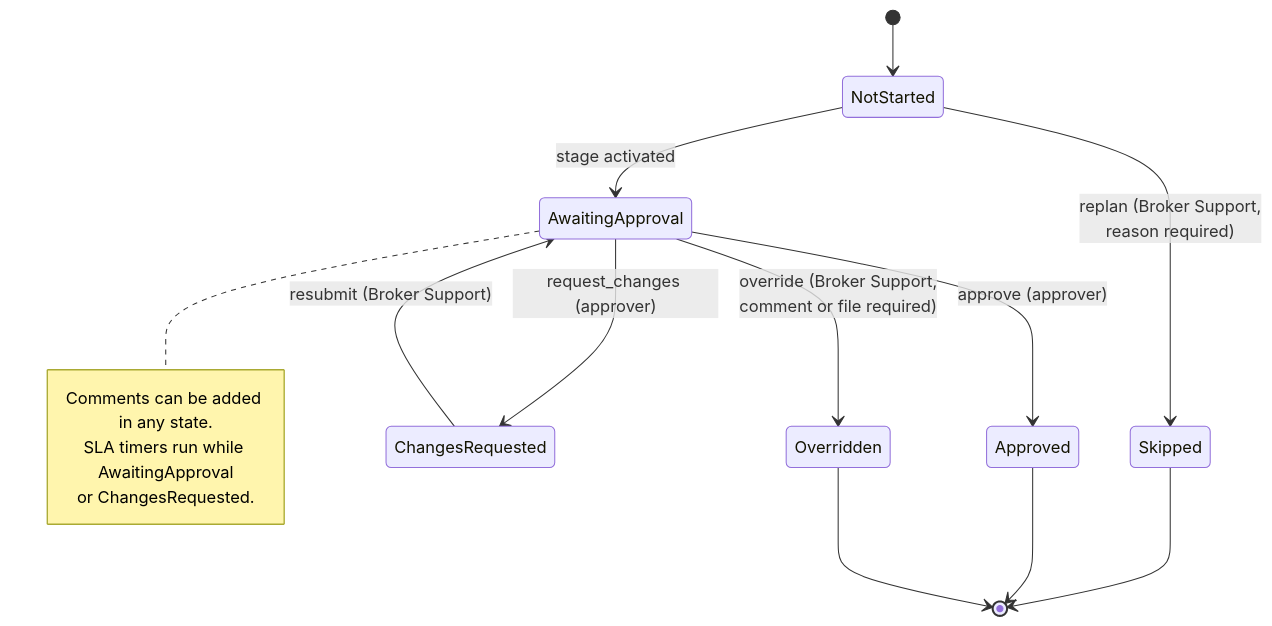
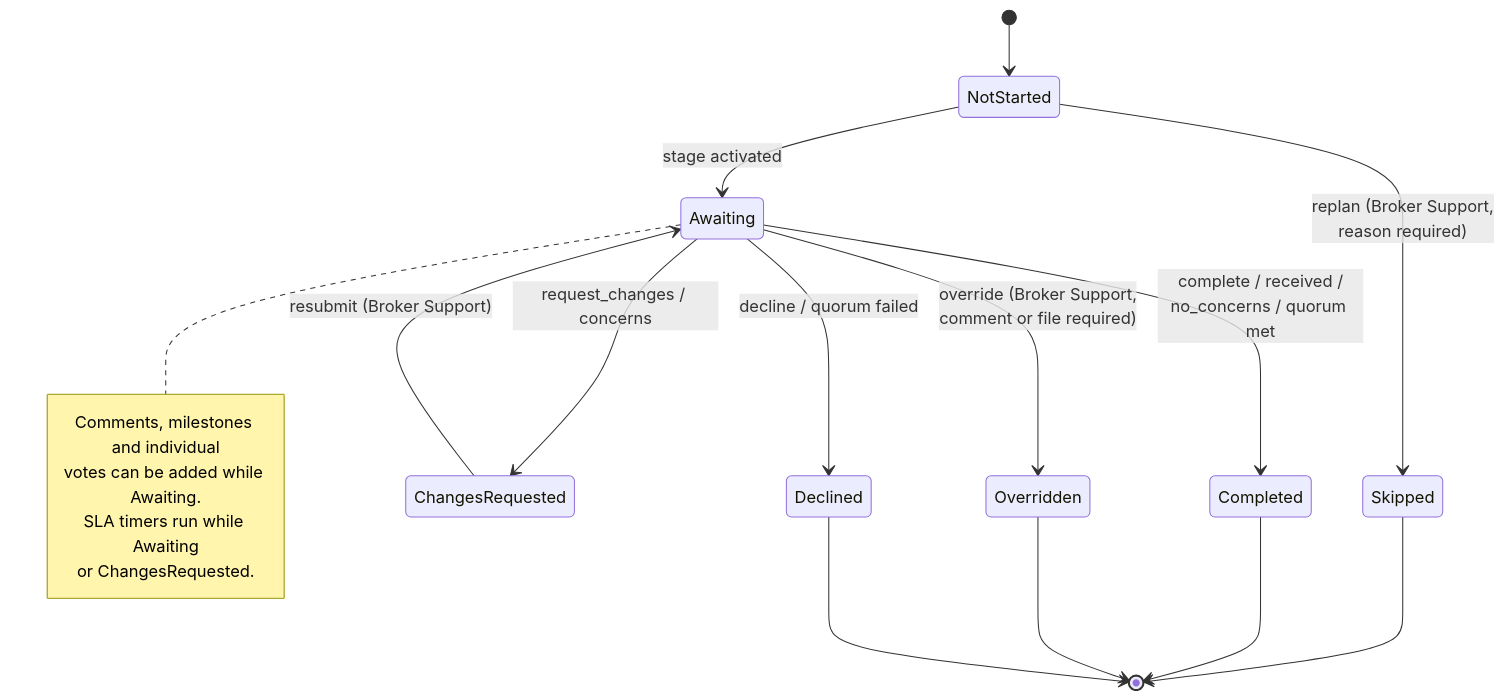
One commit to c42-arun/python-agentframework-demos changed the third of 10 diagrams in poc/ARCHITECTURE.md. Above: the diagram before and after it, drawn with Mermaid. The commit also changed other lines of this file and 2 other files, not shown here.

First line of the commit message:
Update broker onboarding POC docs from business workflow

````diff
--- a/poc/ARCHITECTURE.md
+++ b/poc/ARCHITECTURE.md
@@ -124,19 +170,22 @@
 ```mermaid
 stateDiagram-v2
     [*] --> NotStarted
-    NotStarted --> AwaitingApproval: stage activated
+    NotStarted --> Awaiting: stage activated
     NotStarted --> Skipped: replan (Broker Support,<br/>reason required)
     Skipped --> [*]
-    AwaitingApproval --> Approved: approve (approver)
-    AwaitingApproval --> Overridden: override (Broker Support,<br/>comment or file required)
-    AwaitingApproval --> ChangesRequested: request_changes (approver)
-    ChangesRequested --> AwaitingApproval: resubmit (Broker Support)
-    Approved --> [*]
+    Awaiting --> Completed: complete / received /<br/>no_concerns / quorum met
+    Awaiting --> Overridden: override (Broker Support,<br/>comment or file required)
+    Awaiting --> ChangesRequested: request_changes / concerns
+    Awaiting --> Declined: decline / quorum failed
+    ChangesRequested --> Awaiting: resubmit (Broker Support)
+    Completed --> [*]
     Overridden --> [*]
+    Declined --> [*]
 
-    note right of AwaitingApproval
-        Comments can be added in any state.
-        SLA timers run while AwaitingApproval
+    note right of Awaiting
+        Comments, milestones and individual
+        votes can be added while Awaiting.
+        SLA timers run while Awaiting
         or ChangesRequested.
     end note
 ```
````
